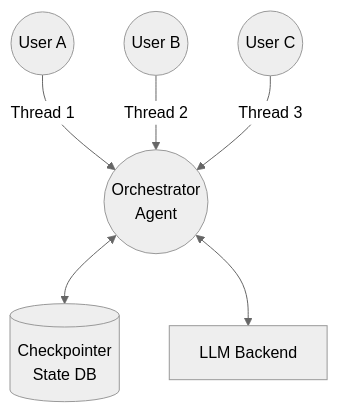
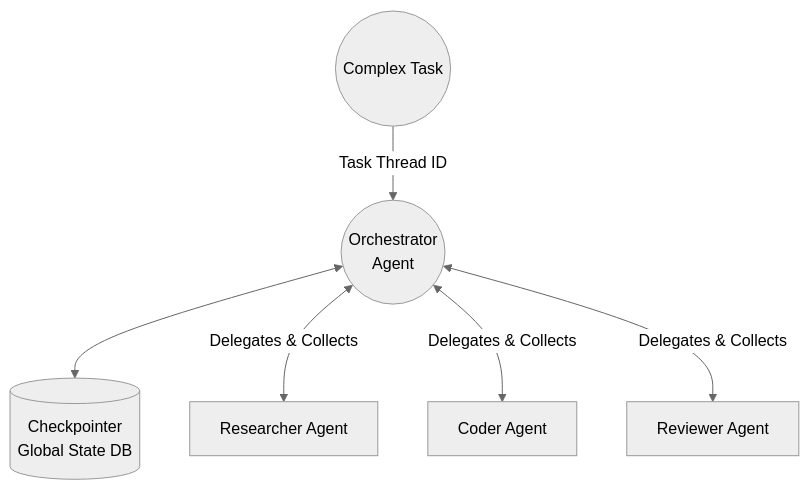
One commit to wubbyweb/stateful-agents changed the third of 3 diagrams in presentation.md. Above: the diagram before and after it, drawn with Mermaid (neutral theme). The commit also changed other lines of this file, not shown here.

````diff
--- a/presentation.md
+++ b/presentation.md
@@ -104,9 +104,9 @@
 ```mermaid
 flowchart TD
-    UserA((User A)) -->|Thread 1| Agent
-    UserB((User B)) -->|Thread 2| Agent
-    UserC((User C)) -->|Thread 3| Agent
+    Task((Complex Task)) -->|Task Thread ID| Orchestrator
     
-    Agent((Orchestrator\nAgent)) <--> Memory[(Checkpointer\nState DB)]
-    Agent <--> LLM[LLM Backend]
+    Orchestrator((Orchestrator\nAgent)) <--> Memory[(Checkpointer\nGlobal State DB)]
+    Orchestrator <-->|Delegates & Collects| Agent1[Researcher Agent]
+    Orchestrator <-->|Delegates & Collects| Agent2[Coder Agent]
+    Orchestrator <-->|Delegates & Collects| Agent3[Reviewer Agent]
 ```
````
